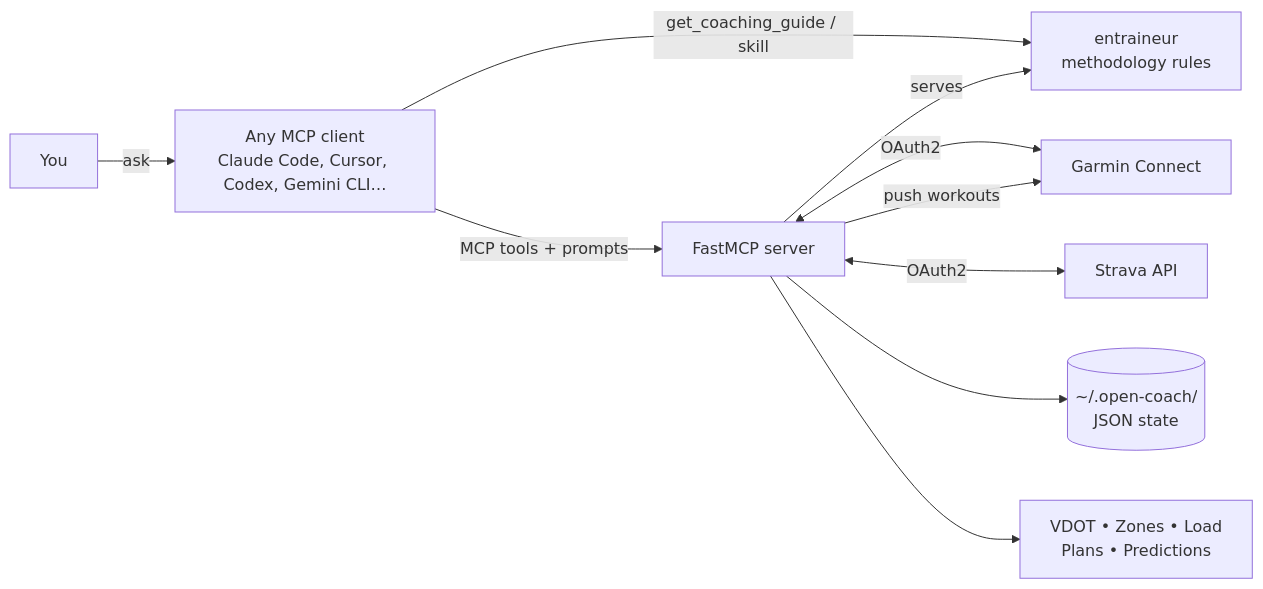
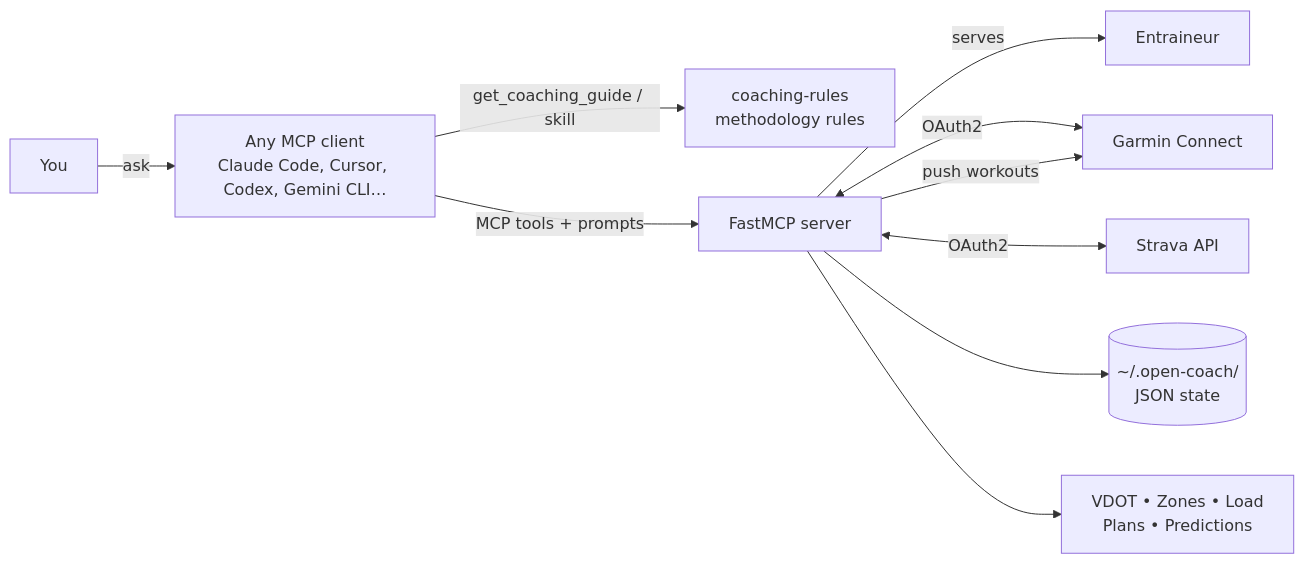
One commit to d474b3r9/open-coach changed the diagram in README.md. Above: the diagram before and after it, drawn with Mermaid. The commit also changed other lines of this file and 27 other files, not shown here.

First line of the commit message:
refactor(skills): rename entraineur skill to coaching-rules (#3)

````diff
--- a/README.md
+++ b/README.md
@@ -16,12 +16,12 @@
 ```mermaid
 flowchart LR
     User[You] -->|"ask"| Client[Any MCP client<br/>Claude Code, Cursor, Codex, Gemini CLI…]
-    Client -->|get_coaching_guide / skill| Entraineur[entraineur<br/>methodology rules]
+    Client -->|get_coaching_guide / skill| Rules[coaching-rules<br/>methodology rules]
     Client -->|MCP tools + prompts| Server[FastMCP server]
     Server -->|serves| Entraineur
     Server <-->|OAuth2| Garmin[Garmin Connect]
     Server <-->|OAuth2| Strava[Strava API]
     Server --> Storage[(~/.open-coach/<br/>JSON state)]
     Server --> Compute[VDOT • Zones • Load<br/>Plans • Predictions]
     Server -->|push workouts| Garmin
 ```
````
